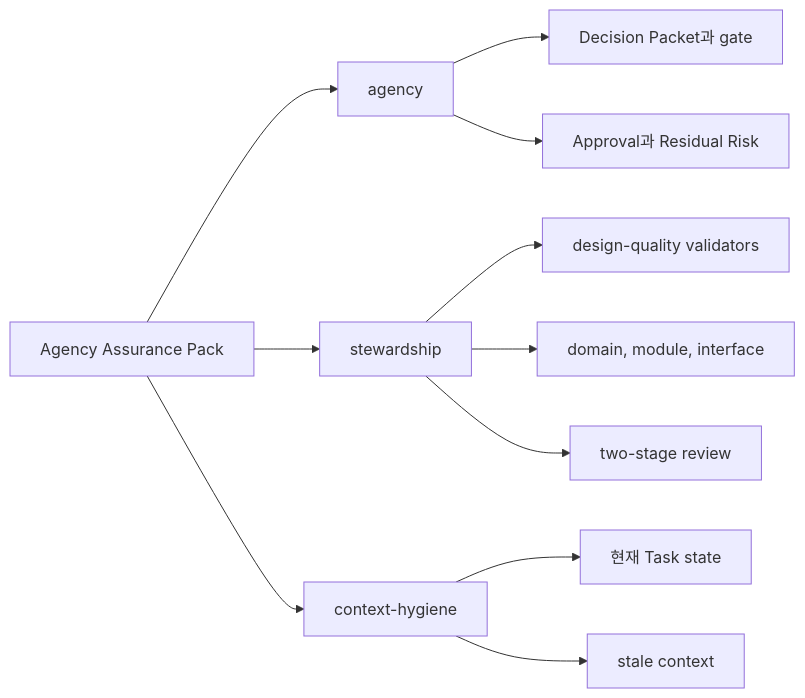
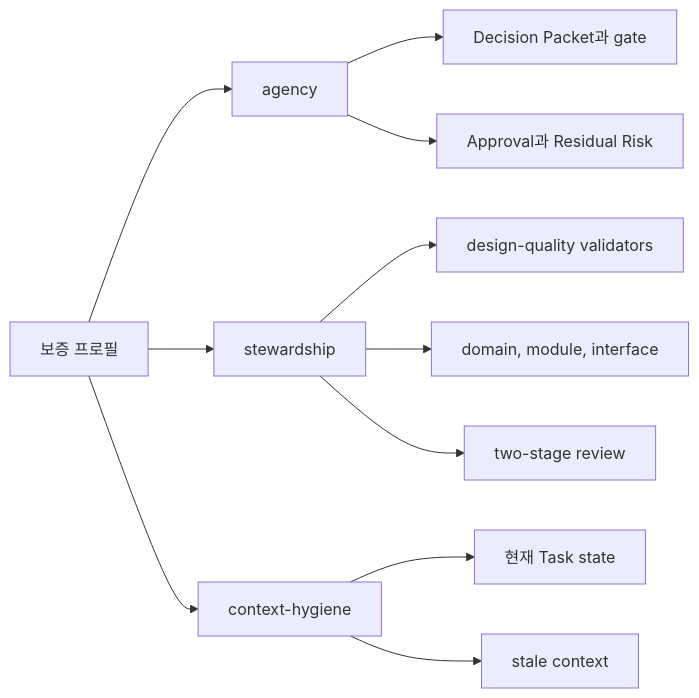
One commit to minjungw00/Harness_Project changed the diagram in docs/ko/reference/future-fixture-catalog.md. Above: the diagram before and after it, drawn with Mermaid. The commit also changed other lines of this file and 71 other files, not shown here.

````diff
--- a/docs/ko/reference/future-fixture-catalog.md
+++ b/docs/ko/reference/future-fixture-catalog.md
@@ -63,13 +63,13 @@
 ```mermaid
 flowchart LR
-  Suites["Agency Assurance Pack"] --> Agency["agency"]
+  Suites["보증 프로필"] --> Agency["agency"]
   Suites --> Stewardship["stewardship"]
   Suites --> Context["context-hygiene"]
   Agency --> A1["Decision Packet과 gate"]
   Agency --> A2["Approval과 Residual Risk"]
   Stewardship --> S1["design-quality validators"]
   Stewardship --> S2["domain, module, interface"]
   Stewardship --> S3["two-stage review"]
   Context --> C1["현재 Task state"]
   Context --> C2["stale context"]
 ```
````
